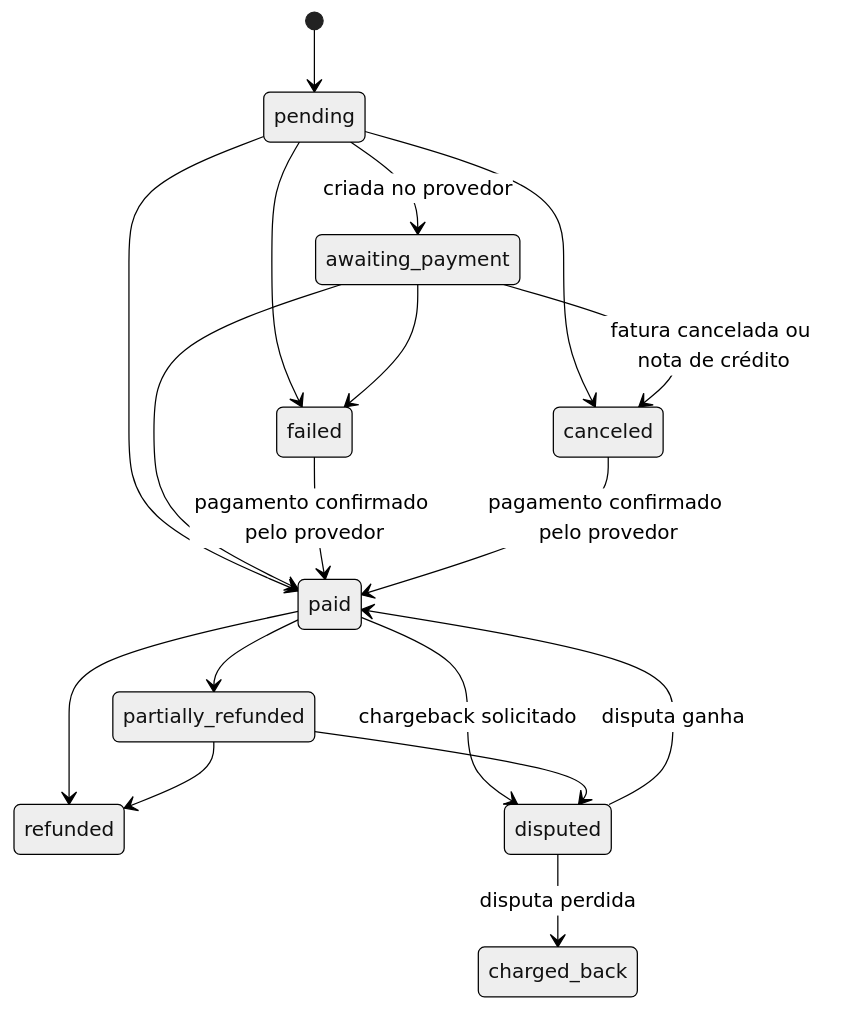
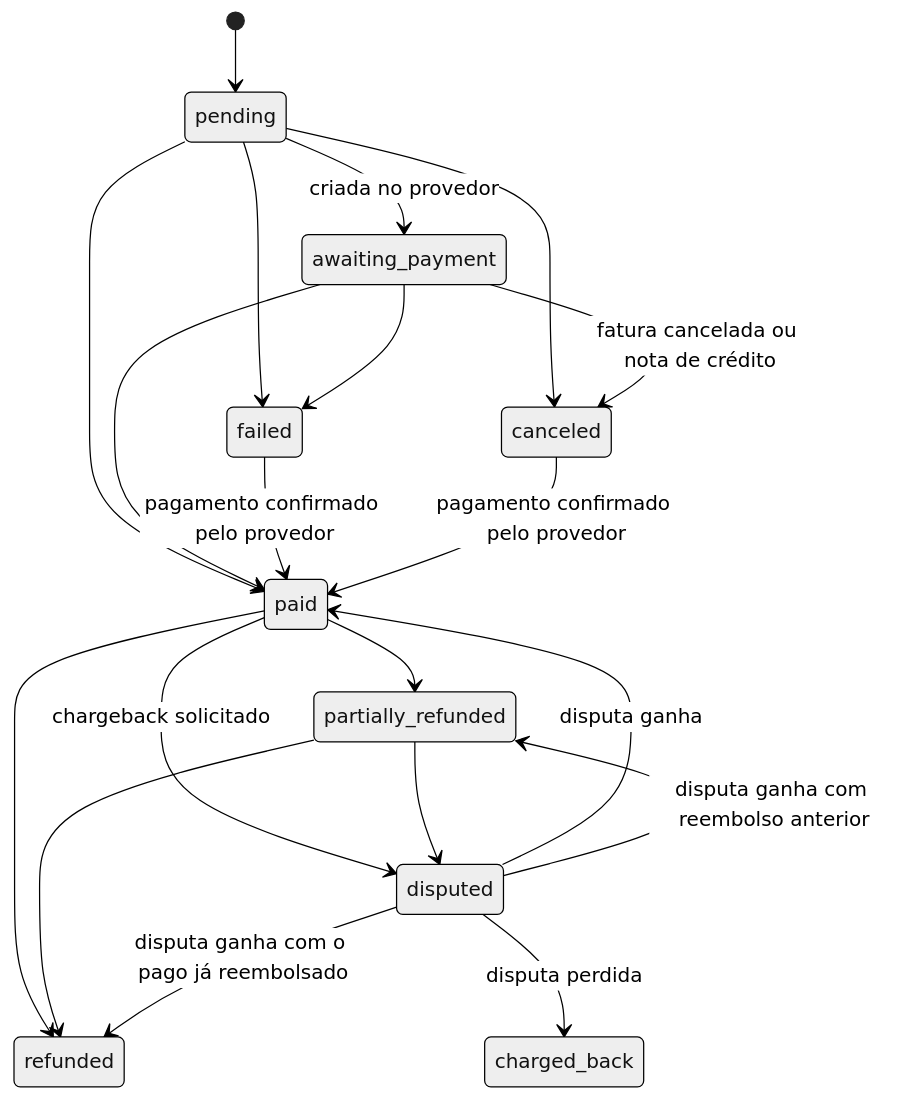
Before and after one commit to ricartefelipe/recorvia: the fifth of 10 diagrams in docs/arquitetura/maquinas-de-estado.md, drawn with Mermaid (neutral theme). The commit also changed other lines of this file and 6 other files, not shown here.

````diff
--- a/docs/arquitetura/maquinas-de-estado.md
+++ b/docs/arquitetura/maquinas-de-estado.md
@@ -83,20 +83,22 @@
 ```mermaid
 stateDiagram-v2
   [*] --> pending
   pending --> awaiting_payment: criada no provedor
   pending --> paid
   pending --> failed
   pending --> canceled
   awaiting_payment --> paid
   awaiting_payment --> failed
   awaiting_payment --> canceled: fatura cancelada ou nota de crédito
   failed --> paid: pagamento confirmado pelo provedor
   canceled --> paid: pagamento confirmado pelo provedor
   paid --> partially_refunded
   paid --> refunded
   paid --> disputed: chargeback solicitado
   partially_refunded --> refunded
   partially_refunded --> disputed
   disputed --> paid: disputa ganha
+  disputed --> partially_refunded: disputa ganha com reembolso anterior
+  disputed --> refunded: disputa ganha com o pago já reembolsado
   disputed --> charged_back: disputa perdida
 ```
````
